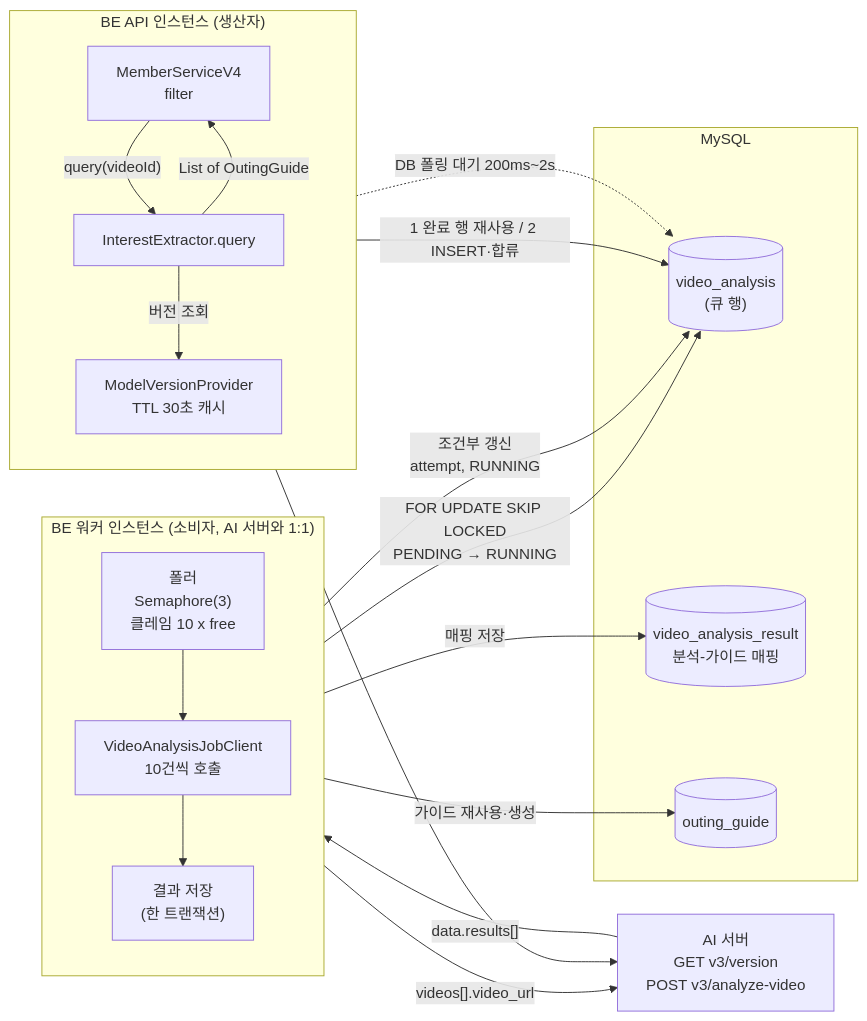
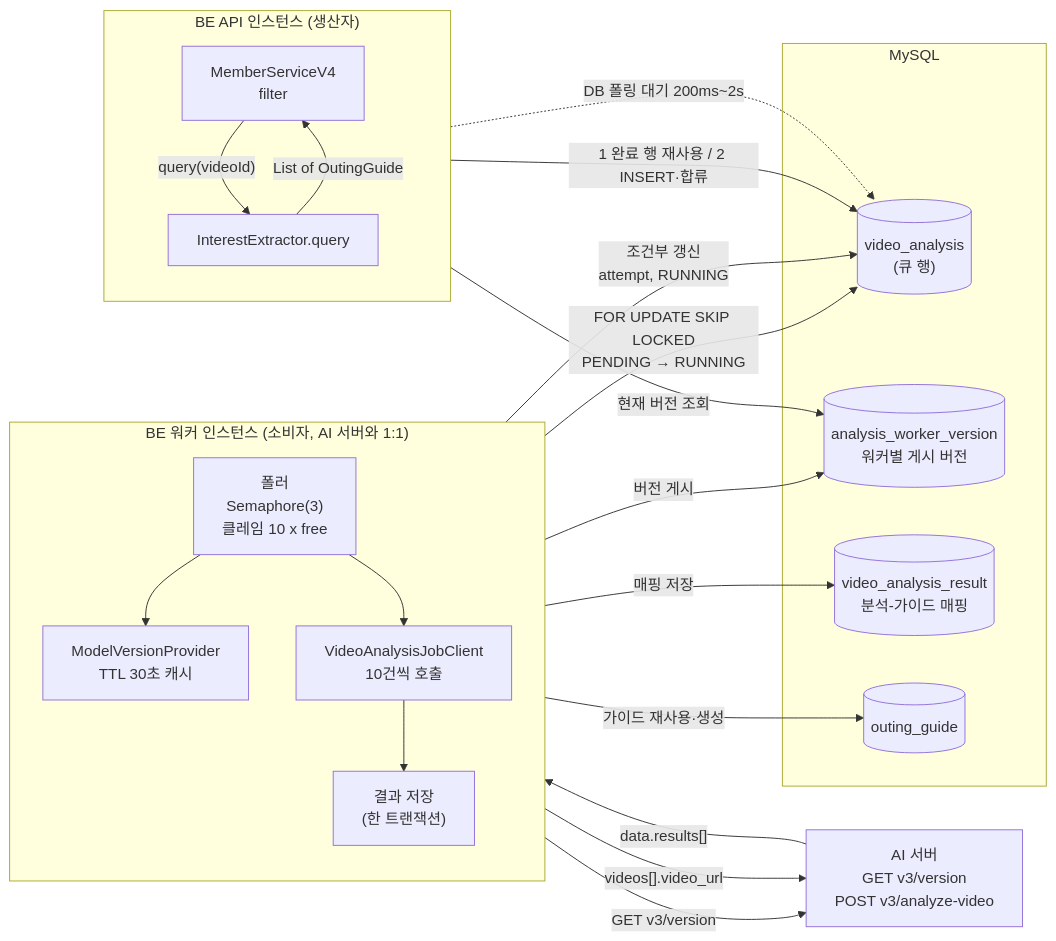
One commit to 100-hours-a-week/KTB4-8th-BE changed the first of 3 diagrams in docs/db-analysis-queue-design.md. Above: the diagram before and after it, drawn with Mermaid. The commit also changed other lines of this file, not shown here.

````diff
--- a/docs/db-analysis-queue-design.md
+++ b/docs/db-analysis-queue-design.md
@@ -31,39 +31,42 @@
 ```mermaid
 flowchart LR
     subgraph API["BE API 인스턴스 (생산자)"]
         direction TB
         MS["MemberServiceV4<br/>filter"]
         IE["InterestExtractor.query"]
-        MV["ModelVersionProvider<br/>TTL 30초 캐시"]
     end
 
     subgraph WK["BE 워커 인스턴스 (소비자, AI 서버와 1:1)"]
         direction TB
+        MV["ModelVersionProvider<br/>TTL 30초 캐시"]
         POLL["폴러<br/>Semaphore(3)<br/>클레임 10 x free"]
         CLIENT["VideoAnalysisJobClient<br/>10건씩 호출"]
         SAVE["결과 저장<br/>(한 트랜잭션)"]
     end
 
     subgraph DB["MySQL"]
         VA[("video_analysis<br/>(큐 행)")]
+        WV[("analysis_worker_version<br/>워커별 게시 버전")]
         VAR[("video_analysis_result<br/>분석-가이드 매핑")]
         OG[("outing_guide")]
     end
 
     AI["AI 서버<br/>GET v3/version<br/>POST v3/analyze-video"]
 
     MS -->|"query(videoId)"| IE
-    IE -->|"버전 조회"| MV
-    MV --> AI
+    IE -->|"현재 버전 조회"| WV
+    MV -->|"GET v3/version"| AI
+    POLL -->|"버전 게시"| WV
+    POLL --> MV
     IE -->|"1 완료 행 재사용 / 2 INSERT·합류"| VA
     IE -.->|"DB 폴링 대기 200ms~2s"| VA
     POLL -->|"FOR UPDATE SKIP LOCKED<br/>PENDING → RUNNING"| VA
     POLL --> CLIENT
     CLIENT -->|"videos[].video_url"| AI
     AI -->|"data.results[]"| CLIENT
     CLIENT --> SAVE
     SAVE -->|"가이드 재사용·생성"| OG
     SAVE -->|"매핑 저장"| VAR
     SAVE -->|"조건부 갱신<br/>attempt, RUNNING"| VA
     IE -->|"List of OutingGuide"| MS
 ```
````
